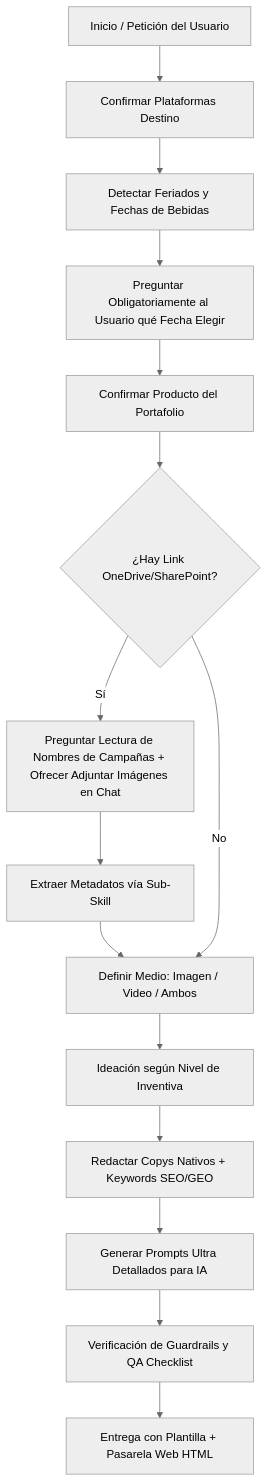
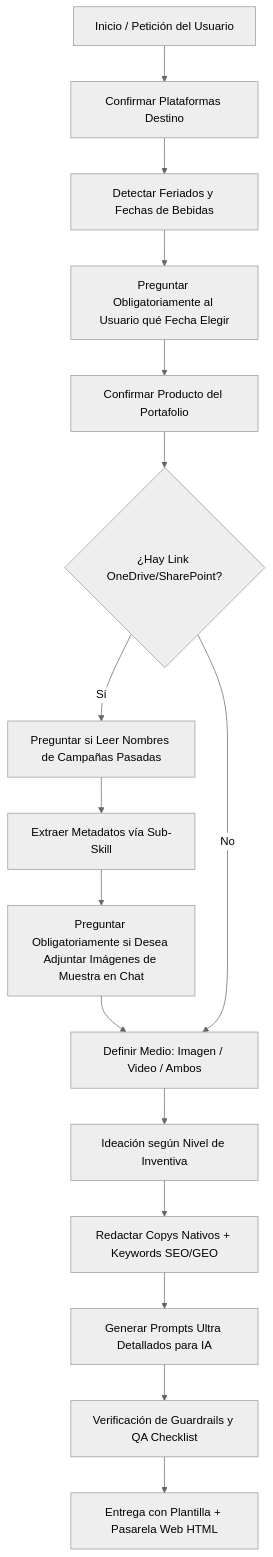
Before and after one commit to Iris-Startup-Lab/skill-agente-mercadotecnia-loco-tequila: the diagram in README.md, drawn with Mermaid (neutral theme). The commit also changed 9 other files, not shown here.

````diff
--- a/README.md
+++ b/README.md
@@ -144,17 +144,18 @@
 ```mermaid
 flowchart TD
     A[Inicio / Petición del Usuario] --> B[Confirmar Plataformas Destino]
     B --> C[Detectar Feriados y Fechas de Bebidas]
     C --> D[Preguntar Obligatoriamente al Usuario qué Fecha Elegir]
     D --> E[Confirmar Producto del Portafolio]
     E --> F{¿Hay Link OneDrive/SharePoint?}
-    F -- Sí --> G1[Preguntar Lectura de Nombres de Campañas + Ofrecer Adjuntar Imágenes en Chat]
+    F -- Sí --> G1[Preguntar si Leer Nombres de Campañas Pasadas]
     G1 --> G2[Extraer Metadatos vía Sub-Skill]
-    G2 --> H[Definir Medio: Imagen / Video / Ambos]
+    G2 --> G3[Preguntar Obligatoriamente si Desea Adjuntar Imágenes de Muestra en Chat]
+    G3 --> H[Definir Medio: Imagen / Video / Ambos]
     F -- No --> H
     H --> I[Ideación según Nivel de Inventiva]
     I --> J[Redactar Copys Nativos + Keywords SEO/GEO]
     J --> K[Generar Prompts Ultra Detallados para IA]
     K --> L[Verificación de Guardrails y QA Checklist]
     L --> M[Entrega con Plantilla + Pasarela Web HTML]
 ```
````
